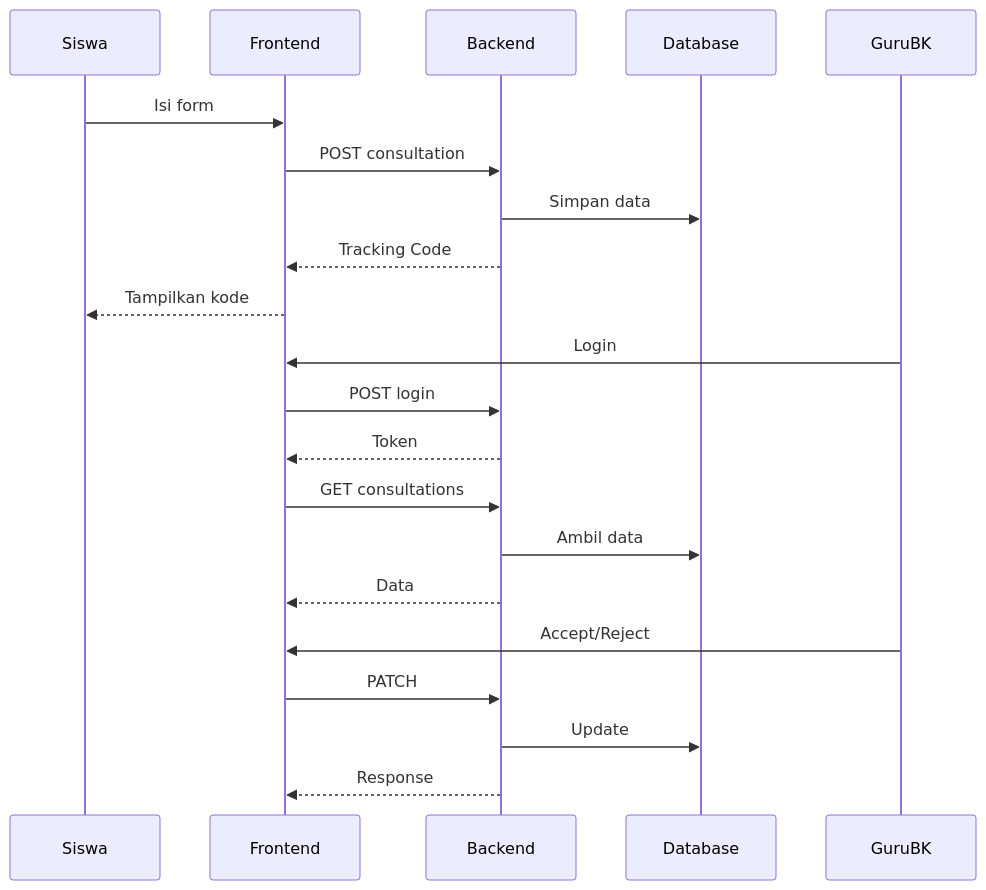
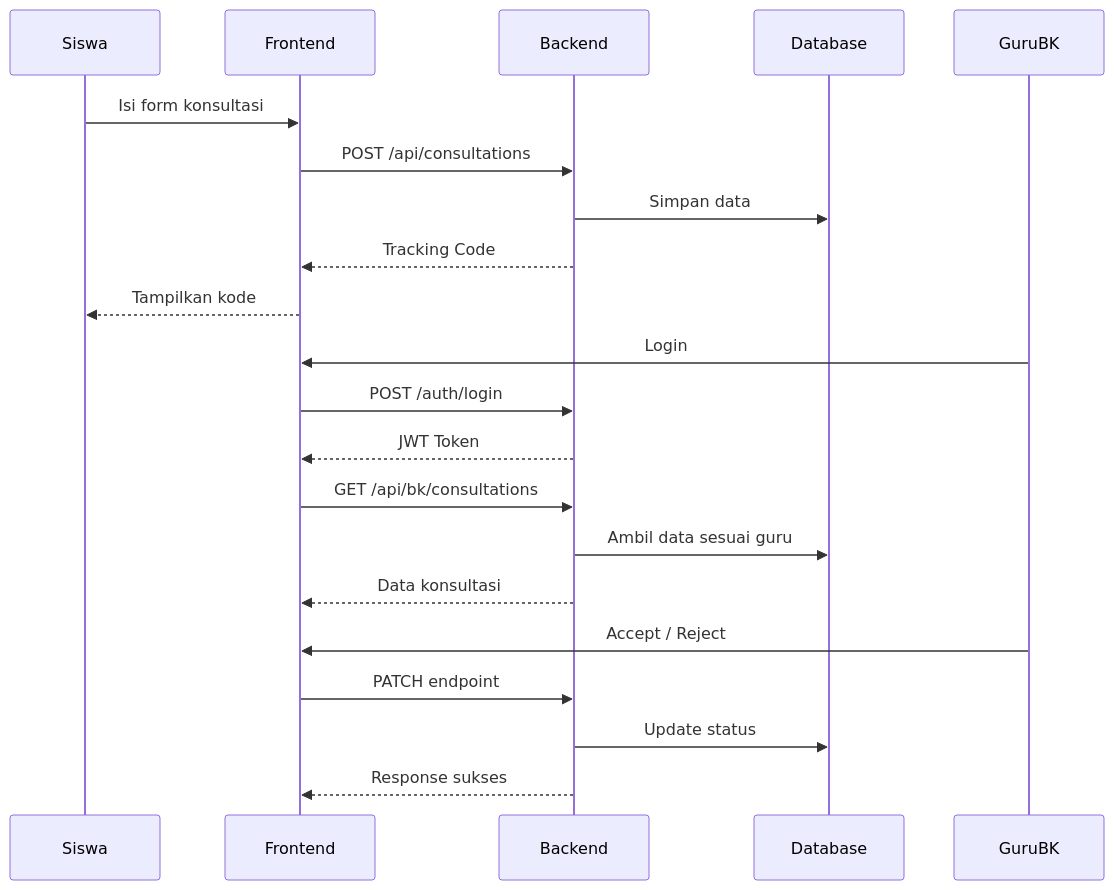
The diagram in docs/arsitektur-sistem.md (aidilsaputrakirsan-classroom/cc-kelompok-a-suksesss), drawn with Mermaid before and after one commit. The commit also changed other lines of this file and 5 other files, not shown here.

````diff
--- a/docs/arsitektur-sistem.md
+++ b/docs/arsitektur-sistem.md
@@ -105,27 +58,27 @@
 ```mermaid
 sequenceDiagram
     participant Siswa
     participant Frontend
     participant Backend
     participant Database
     participant GuruBK
 
-    Siswa->>Frontend: Isi form
-    Frontend->>Backend: POST consultation
+    Siswa->>Frontend: Isi form konsultasi
+    Frontend->>Backend: POST /api/consultations
     Backend->>Database: Simpan data
     Backend-->>Frontend: Tracking Code
     Frontend-->>Siswa: Tampilkan kode
 
     GuruBK->>Frontend: Login
-    Frontend->>Backend: POST login
-    Backend-->>Frontend: Token
+    Frontend->>Backend: POST /auth/login
+    Backend-->>Frontend: JWT Token
 
-    Frontend->>Backend: GET consultations
-    Backend->>Database: Ambil data
-    Backend-->>Frontend: Data
+    Frontend->>Backend: GET /api/bk/consultations
+    Backend->>Database: Ambil data sesuai guru
+    Backend-->>Frontend: Data konsultasi
 
-    GuruBK->>Frontend: Accept/Reject
-    Frontend->>Backend: PATCH
-    Backend->>Database: Update
-    Backend-->>Frontend: Response
+    GuruBK->>Frontend: Accept / Reject
+    Frontend->>Backend: PATCH endpoint
+    Backend->>Database: Update status
+    Backend-->>Frontend: Response sukses
 ```
````
